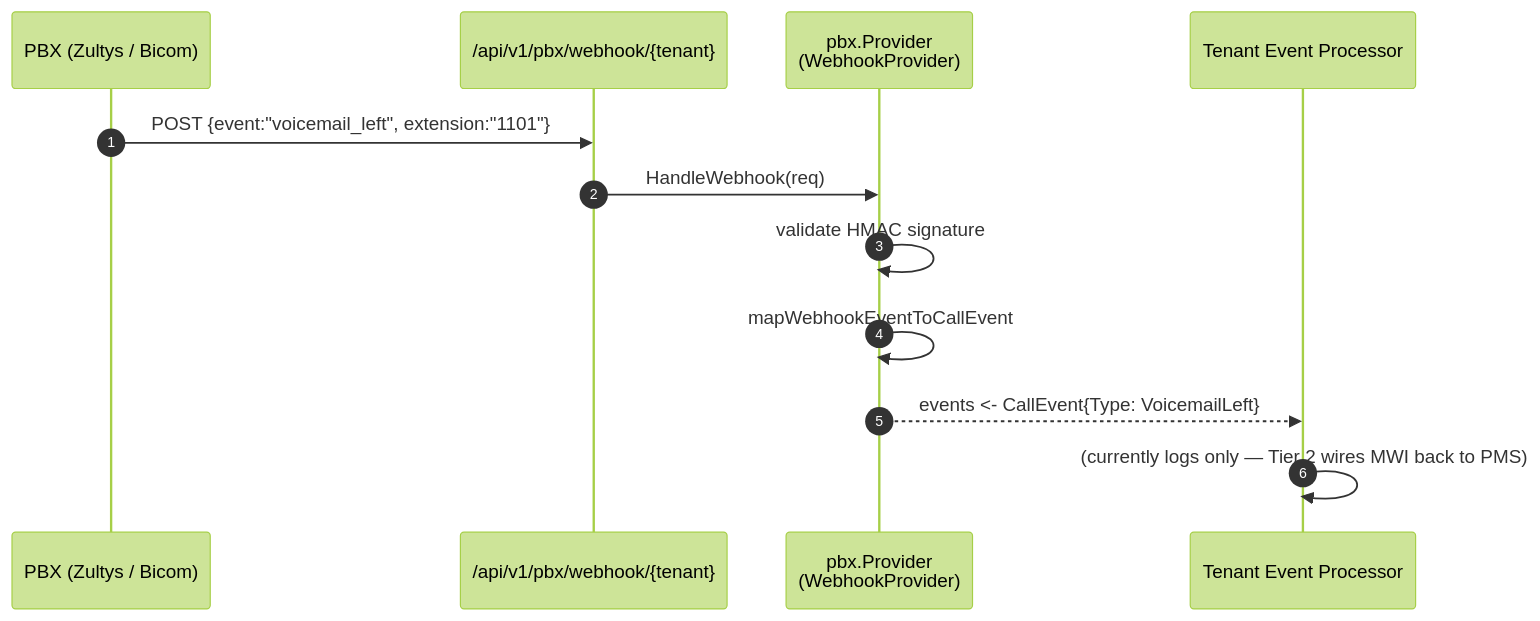
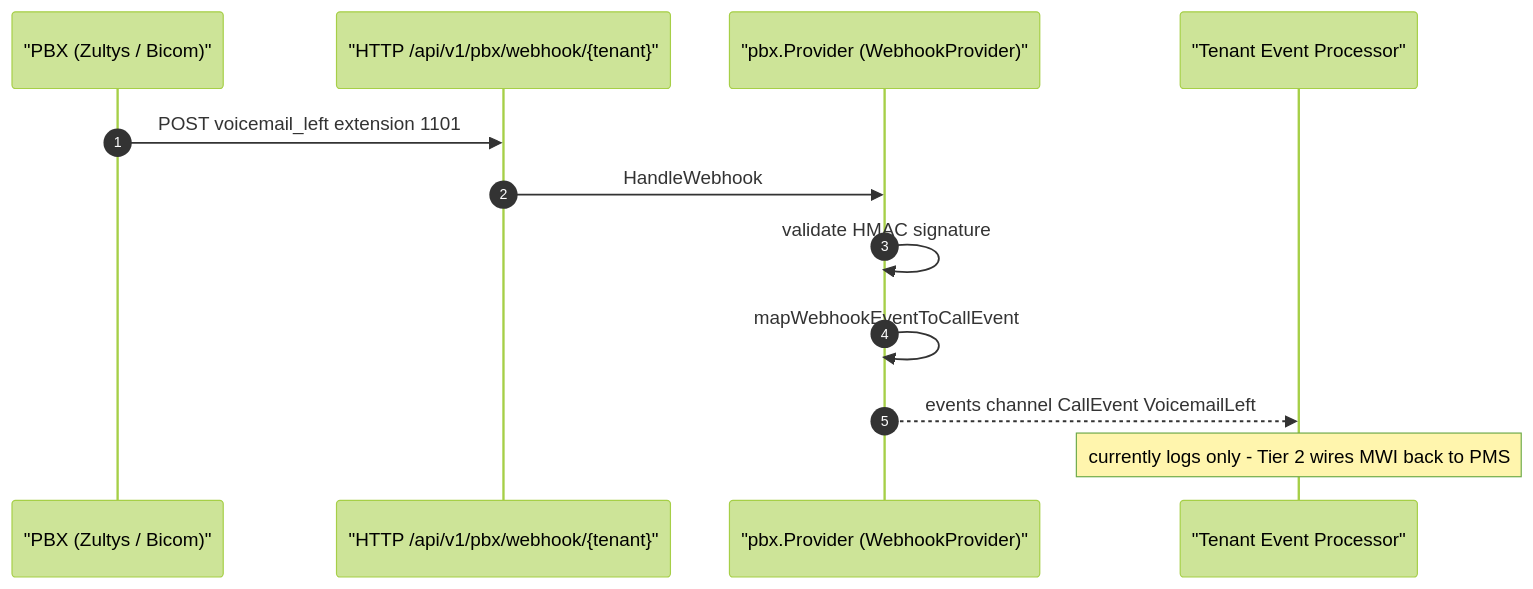
Before and after one commit to sagostin/pbx-hospitality: the fifth of 12 diagrams in docs/DATA-FLOW.md, drawn with Mermaid (forest theme). The commit also changed other lines of this file and 4 other files, not shown here.

First line of the commit message:
docs(mermaid): fix all 28 mermaid diagrams to render reliably

````diff
--- a/docs/DATA-FLOW.md
+++ b/docs/DATA-FLOW.md
@@ -142,15 +148,15 @@
 ```mermaid
 sequenceDiagram
     autonumber
-    participant PBX as PBX (Zultys / Bicom)
-    participant API as /api/v1/pbx/webhook/{tenant}
-    participant Provider as pbx.Provider<br/>(WebhookProvider)
-    participant Tenant as Tenant Event Processor
+    participant PBX as "PBX (Zultys / Bicom)"
+    participant API as "HTTP /api/v1/pbx/webhook/{tenant}"
+    participant Provider as "pbx.Provider (WebhookProvider)"
+    participant Tenant as "Tenant Event Processor"
 
-    PBX->>API: POST {event:"voicemail_left", extension:"1101"}
-    API->>Provider: HandleWebhook(req)
+    PBX->>API: POST voicemail_left extension 1101
+    API->>Provider: HandleWebhook
     Provider->>Provider: validate HMAC signature
     Provider->>Provider: mapWebhookEventToCallEvent
-    Provider-->>Tenant: events <- CallEvent{Type: VoicemailLeft}
-    Tenant->>Tenant: (currently logs only — Tier 2 wires MWI back to PMS)
+    Provider-->>Tenant: events channel CallEvent VoicemailLeft
+    Note over Tenant: currently logs only - Tier 2 wires MWI back to PMS
 ```
````
